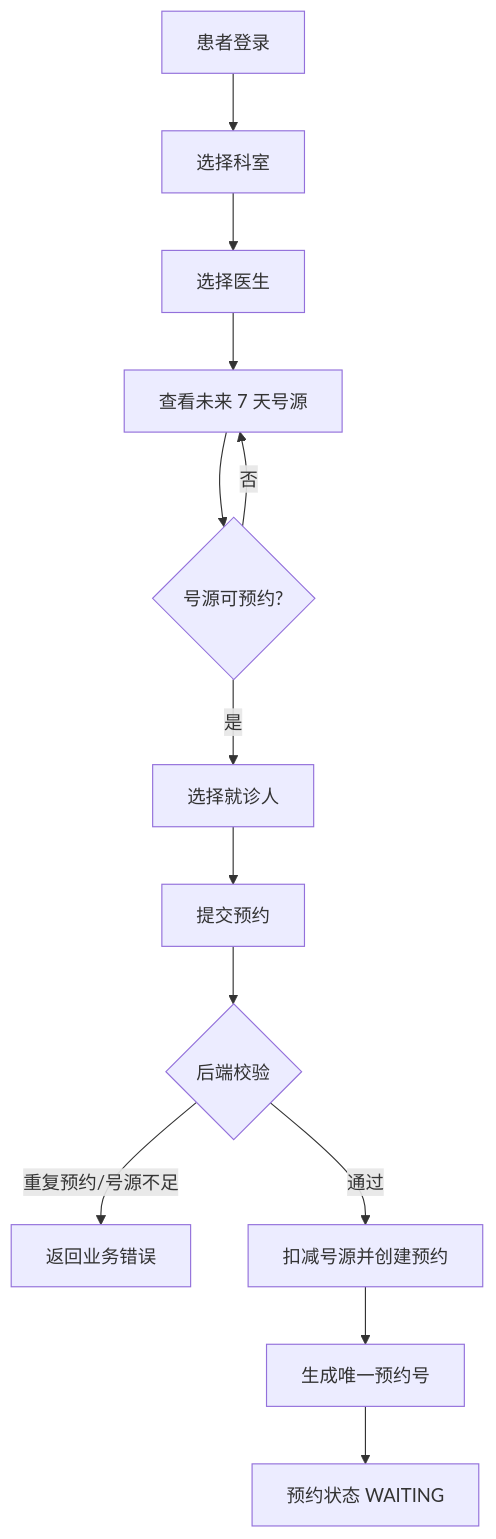
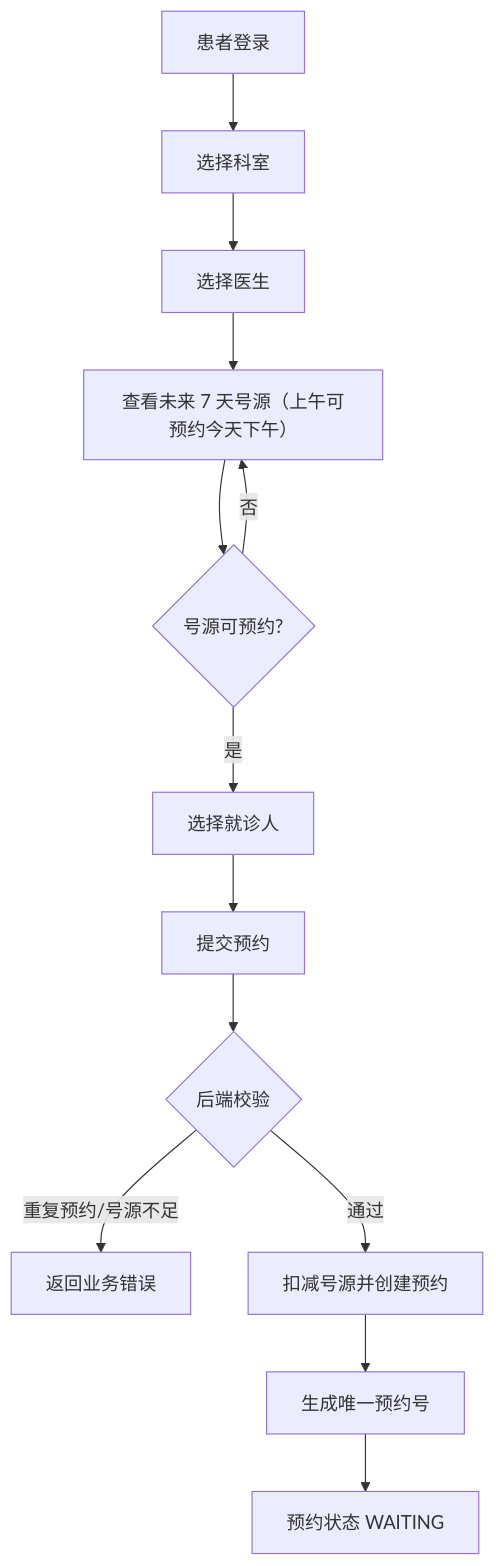
The first of 2 diagrams in docs/业务流程说明.md (changanpjy/hospital-registration-system), drawn with Mermaid before and after one commit. The commit also changed 48 other files, not shown here.

````diff
--- a/docs/业务流程说明.md
+++ b/docs/业务流程说明.md
@@ -5,15 +5,15 @@
 ```mermaid
 flowchart TD
   A["患者登录"] --> B["选择科室"]
   B --> C["选择医生"]
-  C --> D["查看未来 7 天号源"]
+  C --> D["查看未来 7 天号源（上午可预约今天下午）"]
   D --> E{"号源可预约?"}
   E -- 否 --> D
   E -- 是 --> F["选择就诊人"]
   F --> G["提交预约"]
   G --> H{"后端校验"}
   H -- 重复预约/号源不足 --> I["返回业务错误"]
   H -- 通过 --> J["扣减号源并创建预约"]
   J --> K["生成唯一预约号"]
   K --> L["预约状态 WAITING"]
 ```
````
